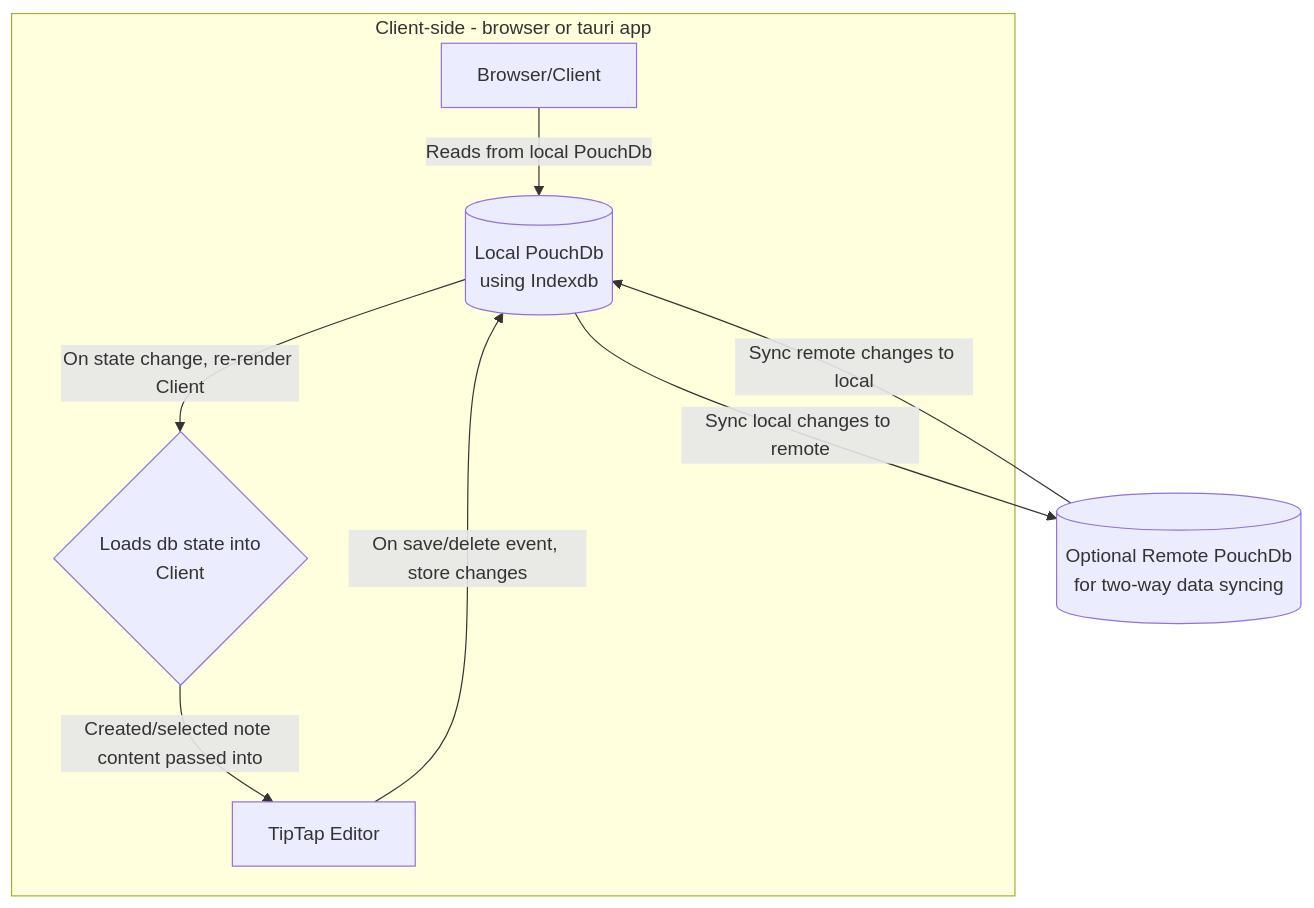
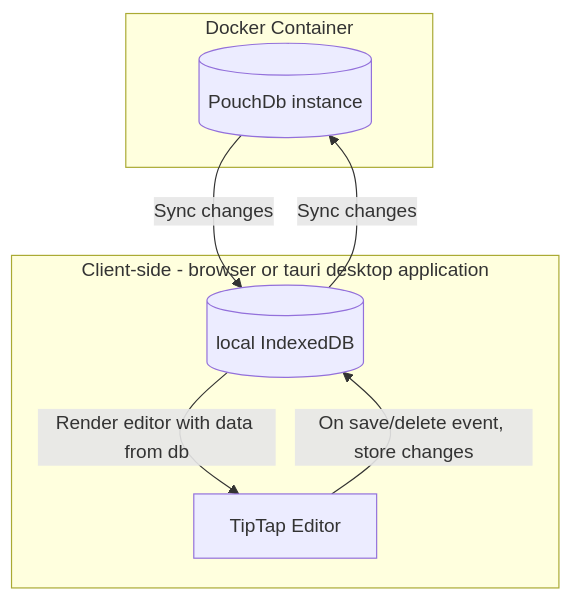
Before and after one commit to ste163/notes: the diagram in README.md, drawn with Mermaid. The commit also changed other lines of this file, not shown here.

````diff
--- a/README.md
+++ b/README.md
@@ -42,11 +34,13 @@
 ```mermaid
 flowchart TD
-    subgraph Client-side - browser or tauri app
-      A[Browser/Client] -- Reads from local PouchDb --> B[(Local PouchDb \n using Indexdb)]
-      B -- On state change, re-render Client --> D{Loads db state into \n Client}
-      D -- Created/selected note content passed into --> E[TipTap Editor]
-      E -- On save/delete event, store changes --> B
+    subgraph Docker Container
+      C[(PouchDb instance)]
     end
-  B -- Sync local changes to remote --> C[(Optional Remote PouchDb \n for two-way data syncing)]
-  C -- Sync remote changes to local --> B
+    subgraph Client-side - browser or tauri desktop application
+      A[(local IndexedDB)]
+      A -- Render editor with data from db --> B[TipTap Editor]
+      B -- On save/delete event, store changes --> A
+    end
+  A -- Sync changes --> C
+  C -- Sync changes --> A
 ```
````
